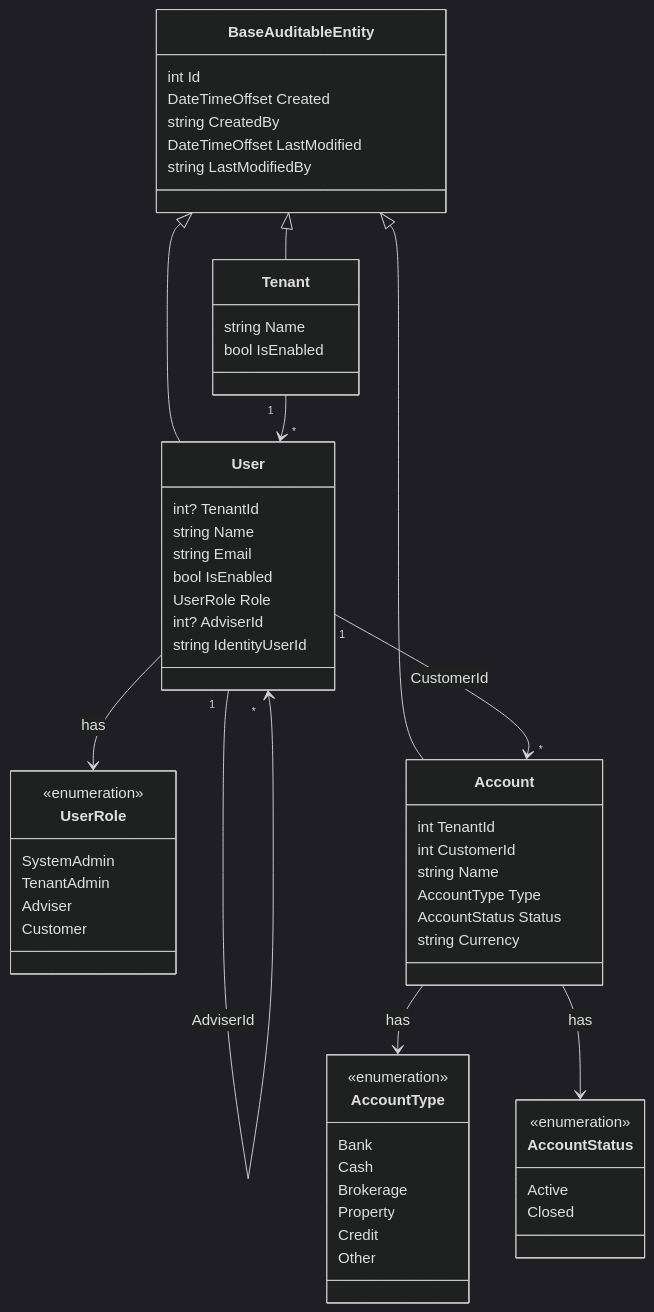
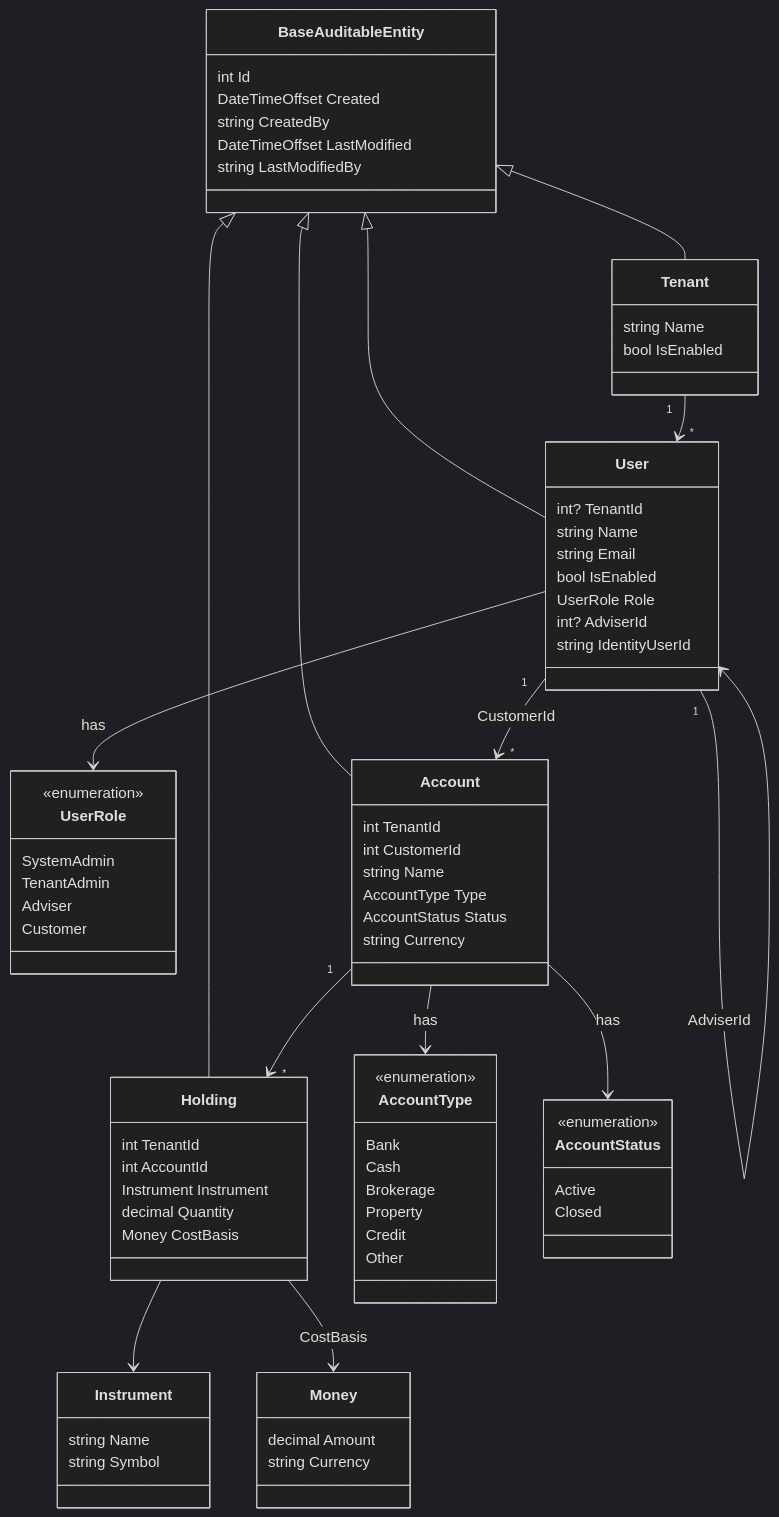
Before and after one commit to louis297/MyWealth: the first of 2 diagrams in docs/domain-model.md, drawn with Mermaid (dark theme). The commit also changed other lines of this file and 5 other files, not shown here.

````diff
--- a/docs/domain-model.md
+++ b/docs/domain-model.md
@@ -65,61 +65,80 @@
 ```mermaid
 classDiagram
   class BaseAuditableEntity {
     int Id
     DateTimeOffset Created
     string CreatedBy
     DateTimeOffset LastModified
     string LastModifiedBy
   }
   class Tenant {
     string Name
     bool IsEnabled
   }
   class User {
     int? TenantId
     string Name
     string Email
     bool IsEnabled
     UserRole Role
     int? AdviserId
     string IdentityUserId
   }
   class UserRole {
     <<enumeration>>
     SystemAdmin
     TenantAdmin
     Adviser
     Customer
   }
   class Account {
     int TenantId
     int CustomerId
     string Name
     AccountType Type
     AccountStatus Status
     string Currency
   }
+  class Holding {
+    int TenantId
+    int AccountId
+    Instrument Instrument
+    decimal Quantity
+    Money CostBasis
+  }
+  class Money {
+    decimal Amount
+    string Currency
+  }
+  class Instrument {
+    string Name
+    string Symbol
+  }
   class AccountType {
     <<enumeration>>
     Bank
     Cash
     Brokerage
     Property
     Credit
     Other
   }
   class AccountStatus {
     <<enumeration>>
     Active
     Closed
   }
   BaseAuditableEntity <|-- Tenant
   BaseAuditableEntity <|-- User
   BaseAuditableEntity <|-- Account
+  BaseAuditableEntity <|-- Holding
   User --> UserRole : has
   Account --> AccountType : has
   Account --> AccountStatus : has
+  Account "1" --> "*" Holding
+  Holding --> Instrument
+  Holding --> Money : CostBasis
   Tenant "1" --> "*" User
   User "1" --> "*" User : AdviserId
   User "1" --> "*" Account : CustomerId
 ```
````
